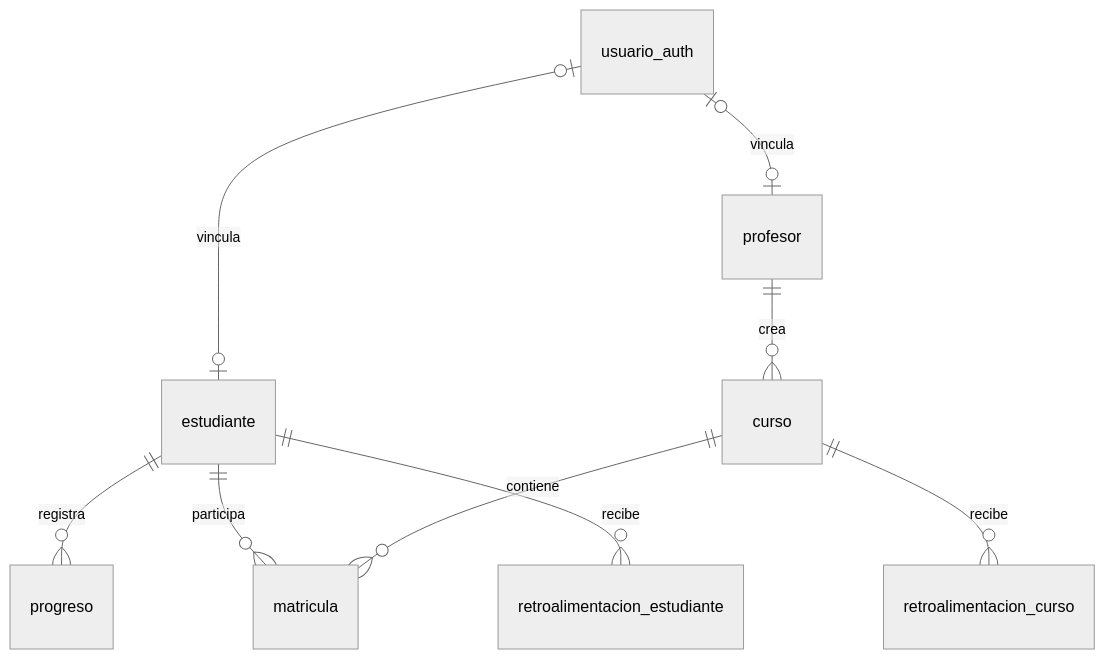
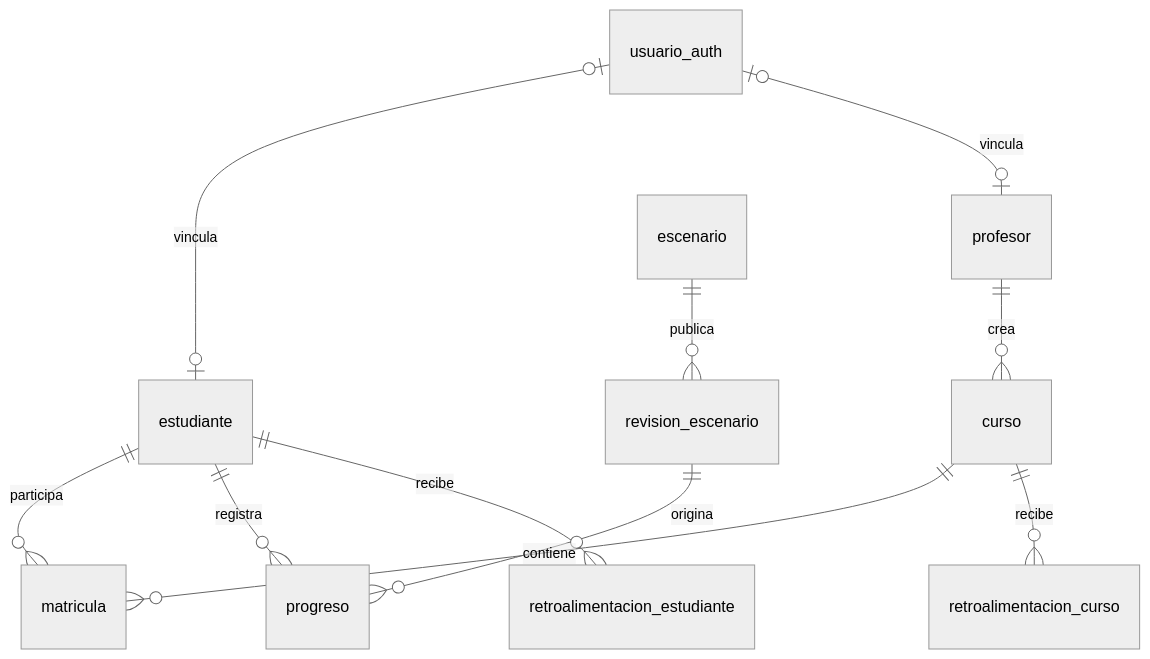
One commit to StivenJM/CyberSim changed the diagram in docs/architecture/modelo-de-datos.md. Above: the diagram before and after it, drawn with Mermaid (neutral theme). The commit also changed other lines of this file and 15 other files, not shown here.

````diff
--- a/docs/architecture/modelo-de-datos.md
+++ b/docs/architecture/modelo-de-datos.md
@@ -9,11 +9,13 @@
 ```mermaid
 erDiagram
     usuario_auth o|--o| estudiante : vincula
     usuario_auth o|--o| profesor : vincula
     profesor ||--o{ curso : crea
     curso ||--o{ matricula : contiene
     estudiante ||--o{ matricula : participa
     estudiante ||--o{ progreso : registra
+    escenario ||--o{ revision_escenario : publica
+    revision_escenario ||--o{ progreso : origina
     estudiante ||--o{ retroalimentacion_estudiante : recibe
     curso ||--o{ retroalimentacion_curso : recibe
 ```
````
